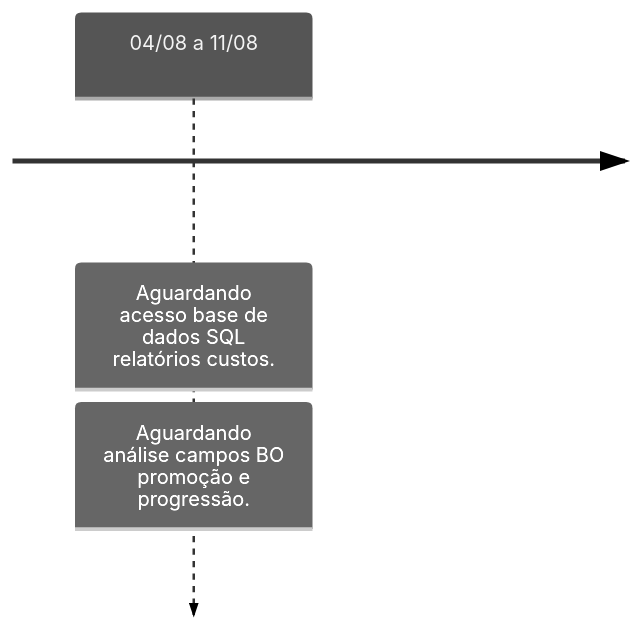
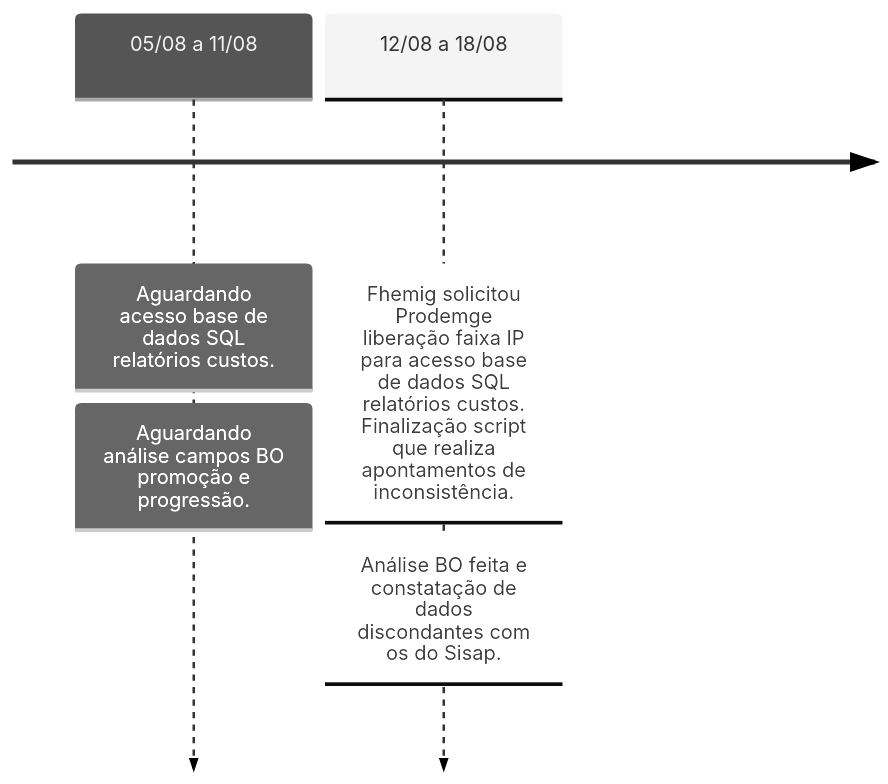
Before and after one commit to automatiza-mg/handbook: the second of 2 diagrams in docs/linha_do_tempo/projeto_fhemig.md, drawn with Mermaid (neutral theme).

Commit message:
inclui semana 12_08 projeto_fhemig.md

````diff
--- a/docs/linha_do_tempo/projeto_fhemig.md
+++ b/docs/linha_do_tempo/projeto_fhemig.md
@@ -29,5 +29,7 @@
     ```mermaid
     timeline
-        04/08 a 11/08 : Aguardando acesso base de dados SQL relatórios custos.
+        05/08 a 11/08 : Aguardando acesso base de dados SQL relatórios custos.
                       : Aguardando análise campos BO promoção e progressão.
+        12/08 a 18/08 : Fhemig solicitou Prodemge liberação faixa IP para acesso base de dados SQL relatórios custos. Finalização script que realiza apontamentos de inconsistência.
+                      : Análise BO feita e constatação de dados discondantes com os do Sisap.
     ```
````
